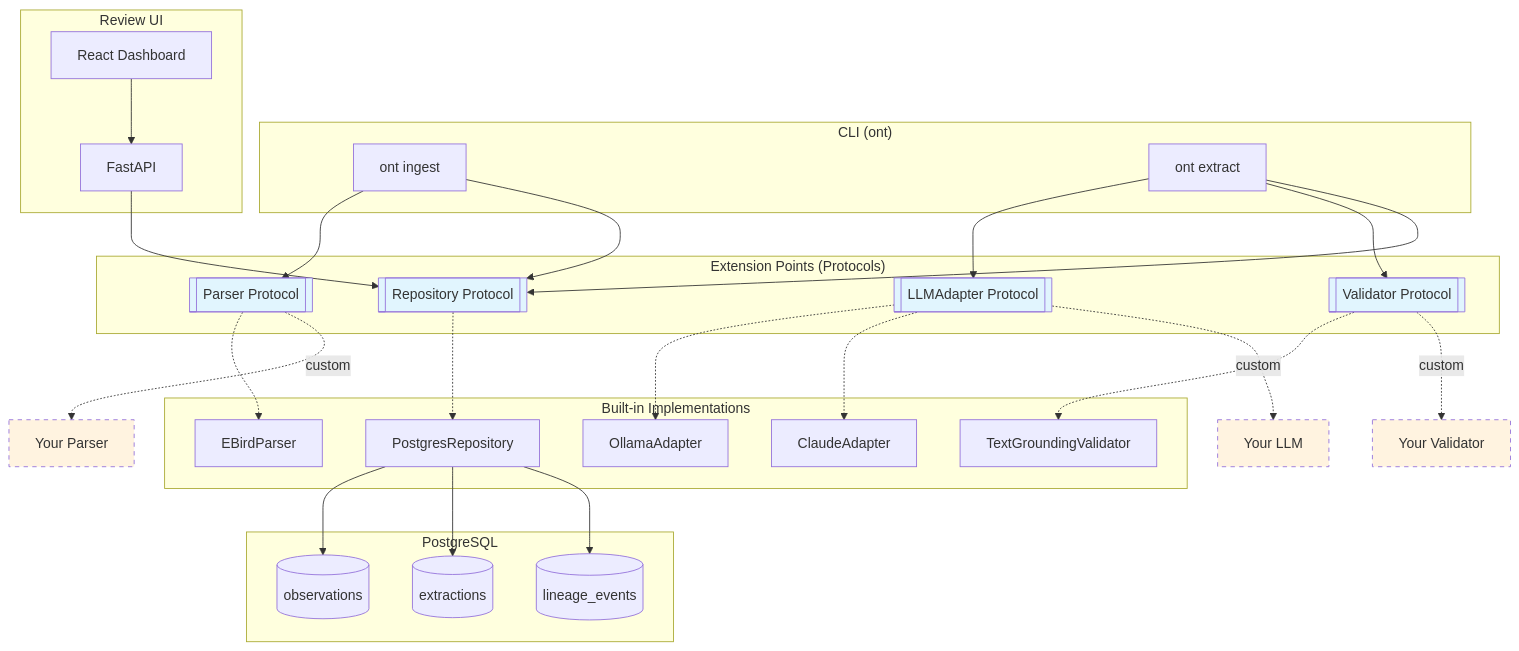
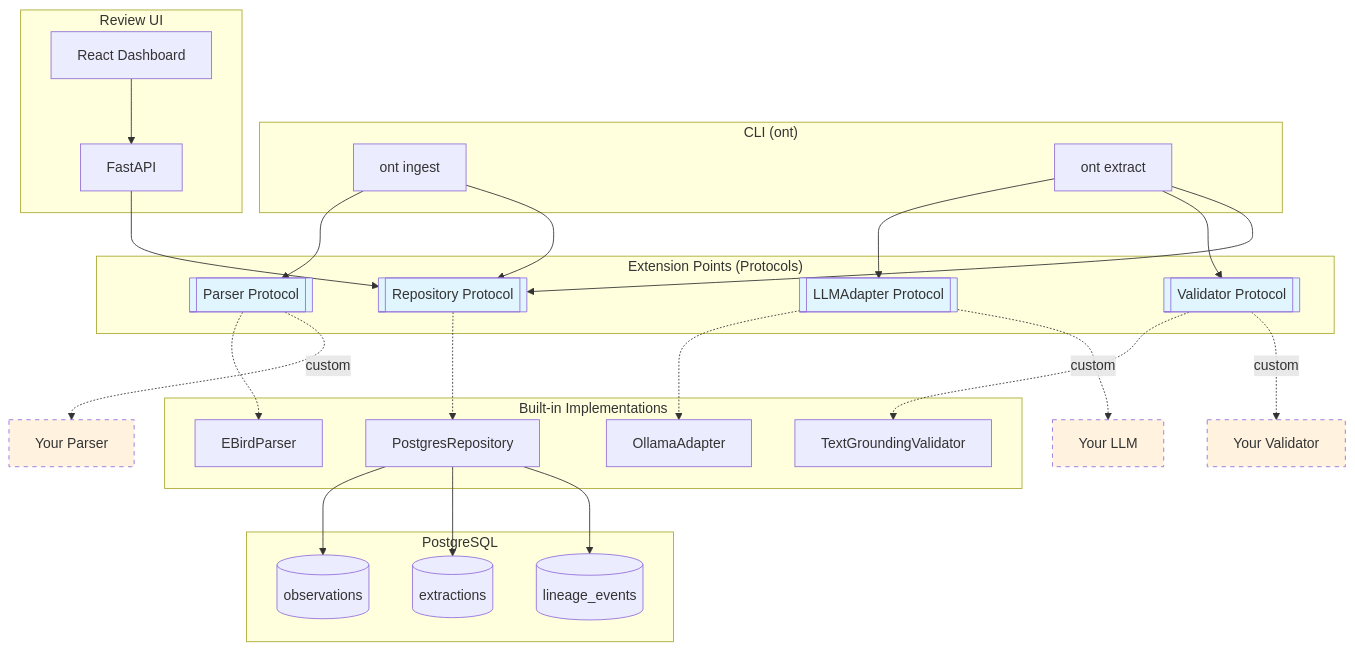
The diagram in README.md (birdlife-tools/observation-note-tagger), drawn with Mermaid before and after one commit. The commit also changed other lines of this file and 5 other files, not shown here.

````diff
--- a/README.md
+++ b/README.md
@@ -104,64 +104,62 @@
 ```mermaid
 flowchart TB
     subgraph CLI["CLI (ont)"]
         INGEST[ont ingest]
         EXTRACT[ont extract]
     end
 
     subgraph Protocols["Extension Points (Protocols)"]
         PARSER[[Parser Protocol]]
         ADAPTER[[LLMAdapter Protocol]]
         VALIDATOR[[Validator Protocol]]
         REPO[[Repository Protocol]]
     end
 
     subgraph Implementations["Built-in Implementations"]
         EBIRD[EBirdParser]
         OLLAMA[OllamaAdapter]
-        CLAUDE[ClaudeAdapter]
         GROUNDING[TextGroundingValidator]
         PG_REPO[PostgresRepository]
     end
 
     subgraph Storage["PostgreSQL"]
         OBS[(observations)]
         EXT[(extractions)]
         LINEAGE[(lineage_events)]
     end
 
     subgraph UI["Review UI"]
         REACT[React Dashboard]
         API[FastAPI]
     end
 
     INGEST --> PARSER
     PARSER -.-> EBIRD
     PARSER -. "custom" .-> CUSTOM_PARSER[Your Parser]
     
     EXTRACT --> ADAPTER
     ADAPTER -.-> OLLAMA
-    ADAPTER -.-> CLAUDE
     ADAPTER -. "custom" .-> CUSTOM_LLM[Your LLM]
     
     EXTRACT --> VALIDATOR
     VALIDATOR -.-> GROUNDING
     VALIDATOR -. "custom" .-> CUSTOM_VAL[Your Validator]
 
     INGEST --> REPO
     EXTRACT --> REPO
     REPO -.-> PG_REPO
     PG_REPO --> OBS
     PG_REPO --> EXT
     PG_REPO --> LINEAGE
 
     API --> REPO
     REACT --> API
 
     style PARSER fill:#e1f5fe
     style ADAPTER fill:#e1f5fe
     style VALIDATOR fill:#e1f5fe
     style REPO fill:#e1f5fe
     style CUSTOM_PARSER fill:#fff3e0,stroke-dasharray: 5 5
     style CUSTOM_LLM fill:#fff3e0,stroke-dasharray: 5 5
     style CUSTOM_VAL fill:#fff3e0,stroke-dasharray: 5 5
 ```
````
